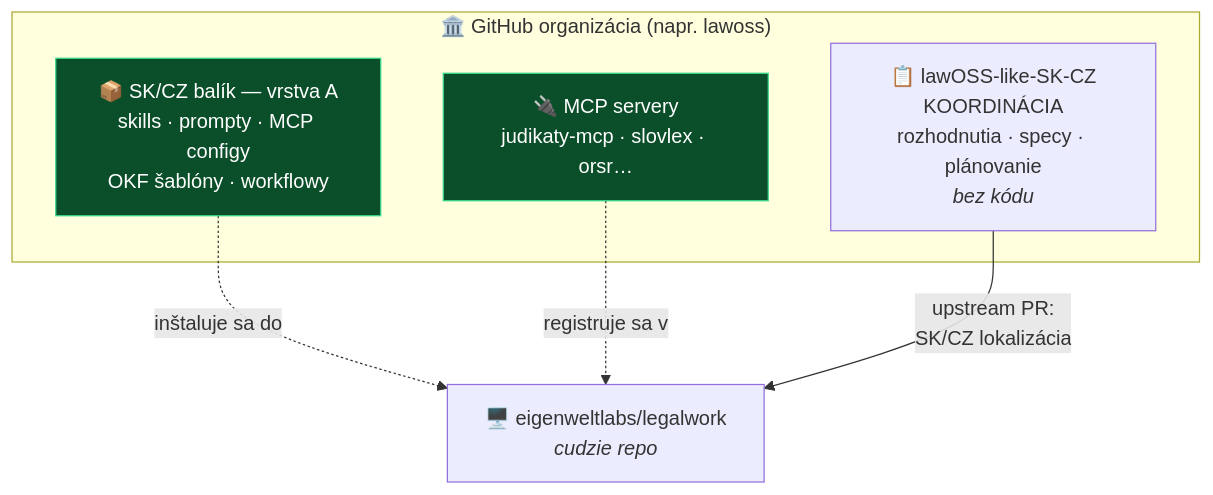
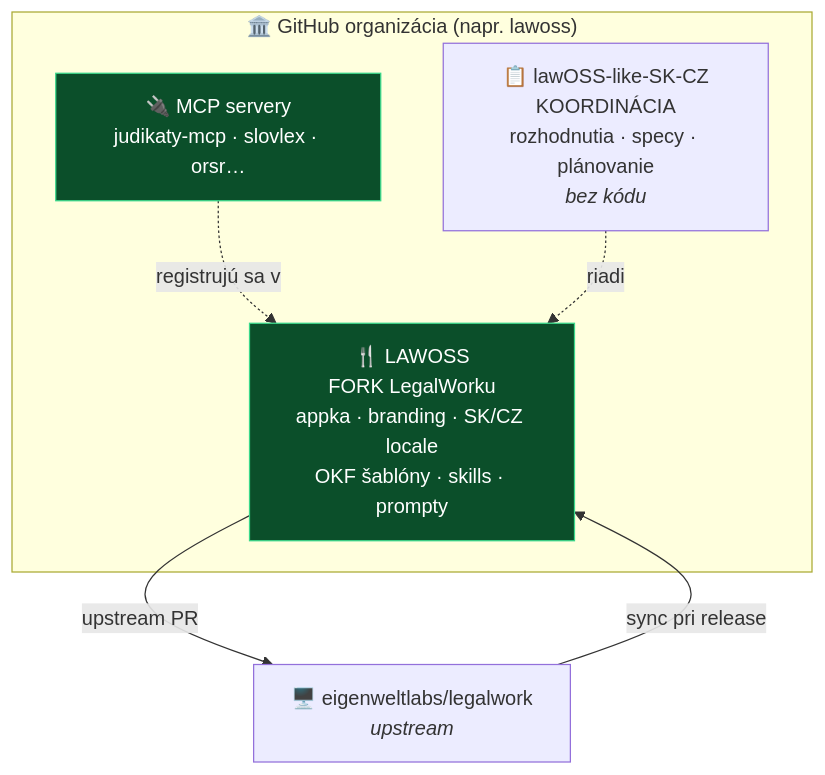
Before and after one commit to Omni-Legal-Products/lawOSS-like-SK-CZ: the diagram in decisions/0005-struktura-repozitarov.md, drawn with Mermaid. The commit also changed other lines of this file and 5 other files, not shown here.

````diff
--- a/decisions/0005-struktura-repozitarov.md
+++ b/decisions/0005-struktura-repozitarov.md
@@ -20,14 +20,15 @@
 ```mermaid
 flowchart TD
     subgraph ORG["🏛️ GitHub organizácia (napr. lawoss)"]
         K["📋 lawOSS-like-SK-CZ<br/>KOORDINÁCIA<br/>rozhodnutia · specy · plánovanie<br/><i>bez kódu</i>"]
-        P["📦 SK/CZ balík — vrstva A<br/>skills · prompty · MCP configy<br/>OKF šablóny · workflowy"]
+        F["🍴 LAWOSS<br/>FORK LegalWorku<br/>appka · branding · SK/CZ locale<br/>OKF šablóny · skills · prompty"]
         M["🔌 MCP servery<br/>judikaty-mcp · slovlex · orsr…"]
     end
-    EW["🖥️ eigenweltlabs/legalwork<br/><i>cudzie repo</i>"]
-    P -.->|"inštaluje sa do"| EW
-    M -.->|"registruje sa v"| EW
-    K -->|"upstream PR:<br/>SK/CZ lokalizácia"| EW
+    EW["🖥️ eigenweltlabs/legalwork<br/><i>upstream</i>"]
+    EW -->|"sync pri release"| F
+    F -->|"upstream PR"| EW
+    M -.->|"registrujú sa v"| F
+    K -.->|"riadi"| F
     classDef ours fill:#0b4f2a,stroke:#3ad98b,color:#fff
-    class P,M ours
+    class F,M ours
 ```
````
